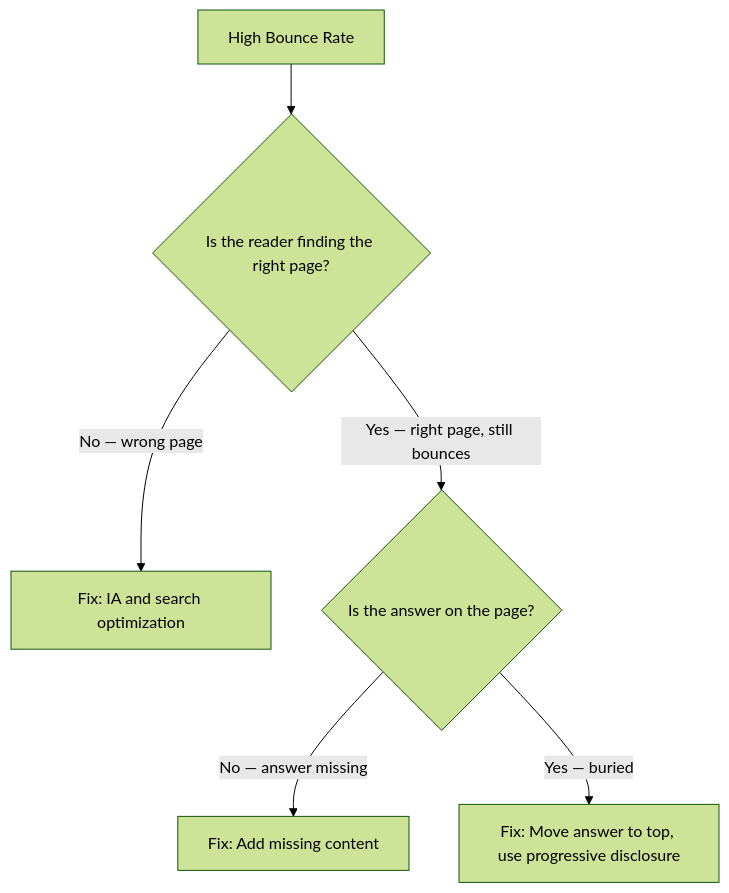
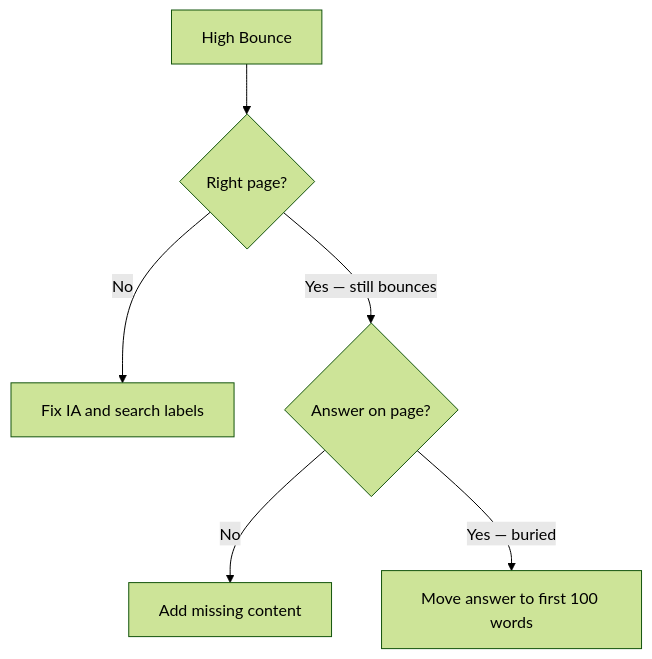
Before and after one commit to BakhodiribnYashinibnMansur/SeniorProject: the fourth of 4 diagrams in Roadmap/Soft-Skills/technical-writer/TEMPLATE.md, drawn with Mermaid (forest theme). The commit also changed other lines of this file and 17 other files, not shown here.

First line of the commit message:
update TEMPLATE.md files: add new roadmaps, fix SQL template, improve existing templates

````diff
--- a/Roadmap/Soft-Skills/technical-writer/TEMPLATE.md
+++ b/Roadmap/Soft-Skills/technical-writer/TEMPLATE.md
@@ -1350,8 +805,8 @@
 ```mermaid
 graph TD
-    A[High Bounce Rate] --> B{Is the reader finding the right page?}
-    B -->|No — wrong page| C[Fix: IA and search optimization]
-    B -->|Yes — right page, still bounces| D{Is the answer on the page?}
-    D -->|No — answer missing| E[Fix: Add missing content]
-    D -->|Yes — buried| F[Fix: Move answer to top, use progressive disclosure]
+    A[High Bounce] --> B{Right page?}
+    B -->|No| C[Fix IA and search labels]
+    B -->|Yes — still bounces| D{Answer on page?}
+    D -->|No| E[Add missing content]
+    D -->|Yes — buried| F[Move answer to first 100 words]
 ```
````
